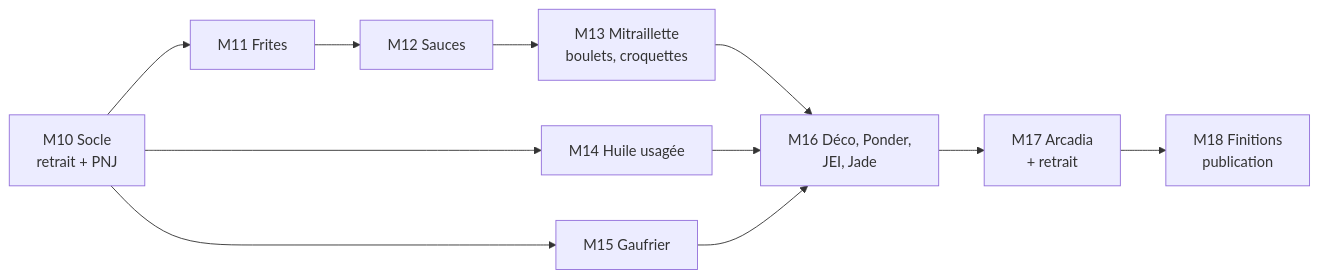
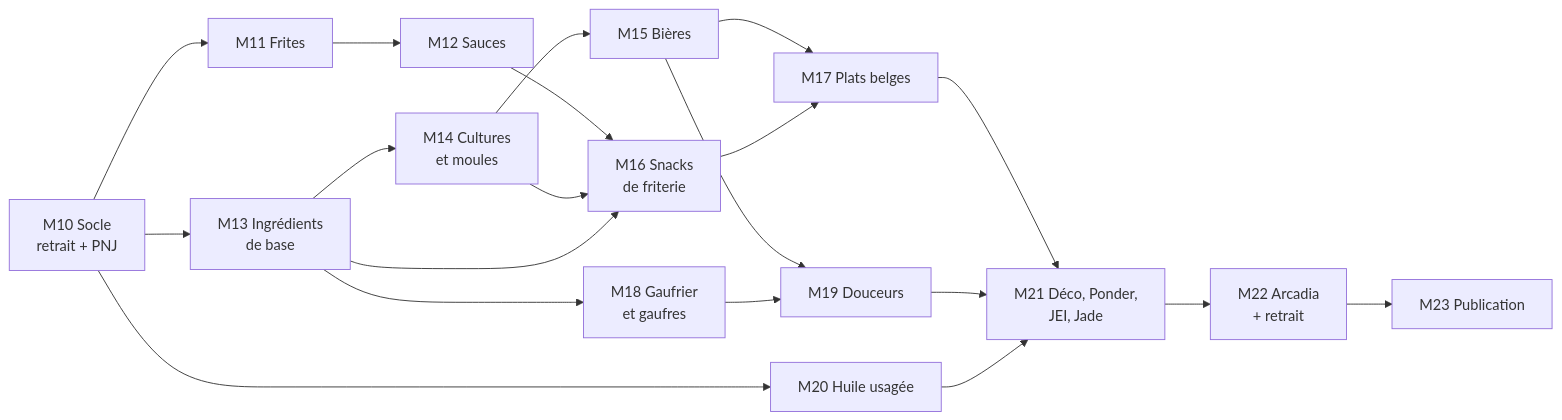
Before and after one commit to THEFricadelle/Create-Belgian-Snacks: the second of 2 diagrams in docs/13-cahier-des-charges-v2.md, drawn with Mermaid. The commit also changed other lines of this file and 1 other file, not shown here.

Commit message:
docs: v2 menu grows to 58 Belgian foods with base ingredients, crops, mussels and cooking beers

````diff
--- a/docs/13-cahier-des-charges-v2.md
+++ b/docs/13-cahier-des-charges-v2.md
@@ -469,13 +575,22 @@
 ```mermaid
 flowchart LR
   M10[M10 Socle<br/>retrait + PNJ] --> M11[M11 Frites]
   M11 --> M12[M12 Sauces]
-  M12 --> M13[M13 Mitraillette<br/>boulets, croquettes]
-  M10 --> M14[M14 Huile usagée]
-  M10 --> M15[M15 Gaufrier]
-  M13 --> M16[M16 Déco, Ponder,<br/>JEI, Jade]
+  M10 --> M13[M13 Ingrédients<br/>de base]
+  M13 --> M14[M14 Cultures<br/>et moules]
+  M14 --> M15[M15 Bières]
+  M12 --> M16[M16 Snacks<br/>de friterie]
   M14 --> M16
-  M15 --> M16
-  M16 --> M17[M17 Arcadia<br/>+ retrait]
-  M17 --> M18[M18 Finitions<br/>publication]
+  M13 --> M16
+  M15 --> M17[M17 Plats belges]
+  M16 --> M17
+  M13 --> M18[M18 Gaufrier<br/>et gaufres]
+  M15 --> M19[M19 Douceurs]
+  M18 --> M19
+  M10 --> M20[M20 Huile usagée]
+  M17 --> M21[M21 Déco, Ponder,<br/>JEI, Jade]
+  M19 --> M21
+  M20 --> M21
+  M21 --> M22[M22 Arcadia<br/>+ retrait]
+  M22 --> M23[M23 Publication]
 ```
````
